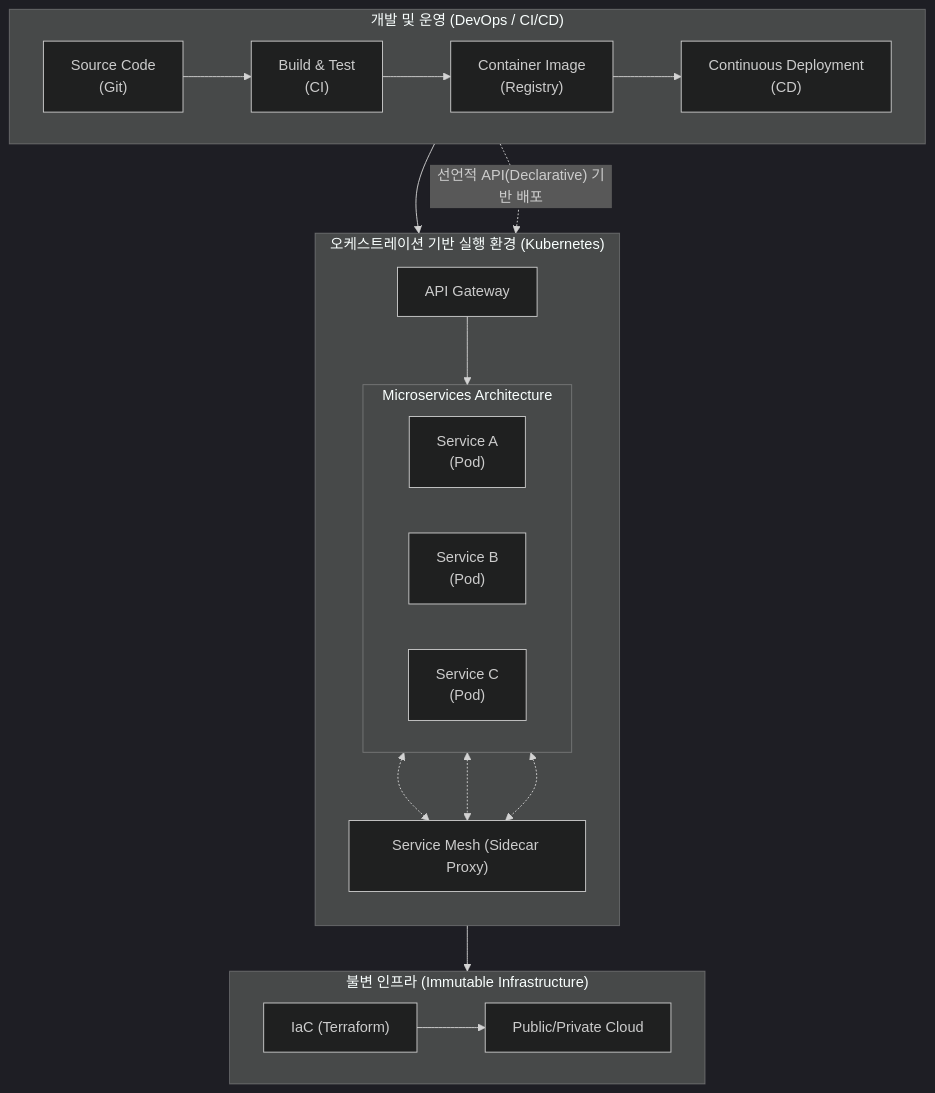
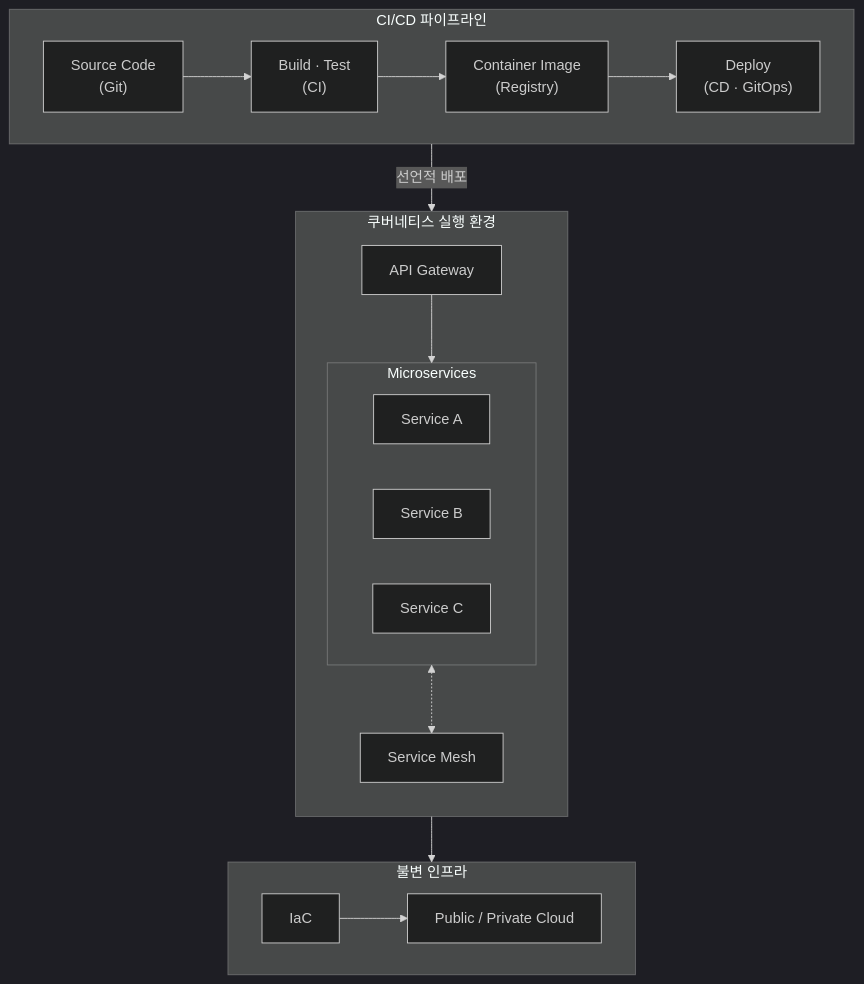
Before and after one commit to supremethumb/supremethumb.github.io: the diagram in content/01_IT Tech/클라우드 네이티브.md, drawn with Mermaid (dark theme). The commit also changed other lines of this file and 1087 other files, not shown here.

````diff
--- a/content/01_IT Tech/클라우드 네이티브.md
+++ b/content/01_IT Tech/클라우드 네이티브.md
@@ -23,38 +35,31 @@
 ```mermaid
 flowchart TB
-    subgraph DevOps["개발 및 운영 (DevOps / CI/CD)"]
+    subgraph DevOps["CI/CD 파이프라인"]
         direction LR
-        Code["Source Code<br/>(Git)"] --> Build["Build & Test<br/>(CI)"]
+        Code["Source Code<br/>(Git)"] --> Build["Build · Test<br/>(CI)"]
         Build --> Image["Container Image<br/>(Registry)"]
-        Image --> Deploy["Continuous Deployment<br/>(CD)"]
+        Image --> Deploy["Deploy<br/>(CD · GitOps)"]
     end
 
-    subgraph K8s["오케스트레이션 기반 실행 환경 (Kubernetes)"]
+    subgraph K8s["쿠버네티스 실행 환경"]
         direction TB
-        API["API Gateway"]
-        
-        subgraph MSA["Microservices Architecture"]
+        GW["API Gateway"]
+        subgraph MSA["Microservices"]
             direction LR
-            S1["Service A<br/>(Pod)"]
-            S2["Service B<br/>(Pod)"]
-            S3["Service C<br/>(Pod)"]
+            S1["Service A"]
+            S2["Service B"]
+            S3["Service C"]
         end
-        
-        SM["Service Mesh (Sidecar Proxy)"]
-        
-        API --> MSA
-        S1 <.-> SM
-        S2 <.-> SM
-        S3 <.-> SM
+        SM["Service Mesh"]
+        GW --> MSA
+        MSA <-.-> SM
     end
 
-    subgraph Infra["불변 인프라 (Immutable Infrastructure)"]
+    subgraph Infra["불변 인프라"]
         direction LR
-        IaC["IaC (Terraform)"] --> Cloud["Public/Private Cloud"]
+        IaC["IaC"] --> Cloud["Public / Private Cloud"]
     end
 
-    Deploy --> API
-    Deploy -. "선언적 API(Declarative) 기반 배포" .-> MSA
-    MSA --> Infra
-
+    Deploy -->|"선언적 배포"| MSA
+    K8s --> Infra
 ```
````
